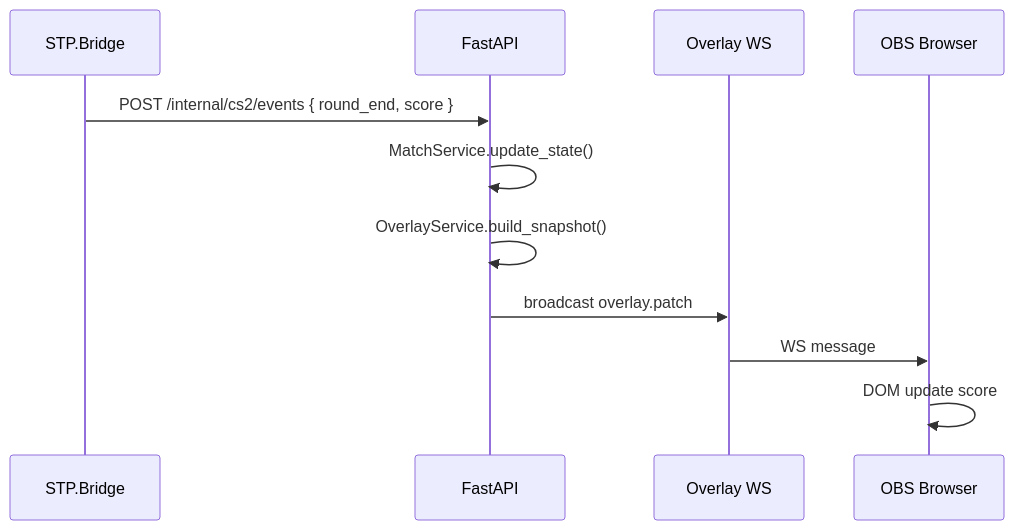
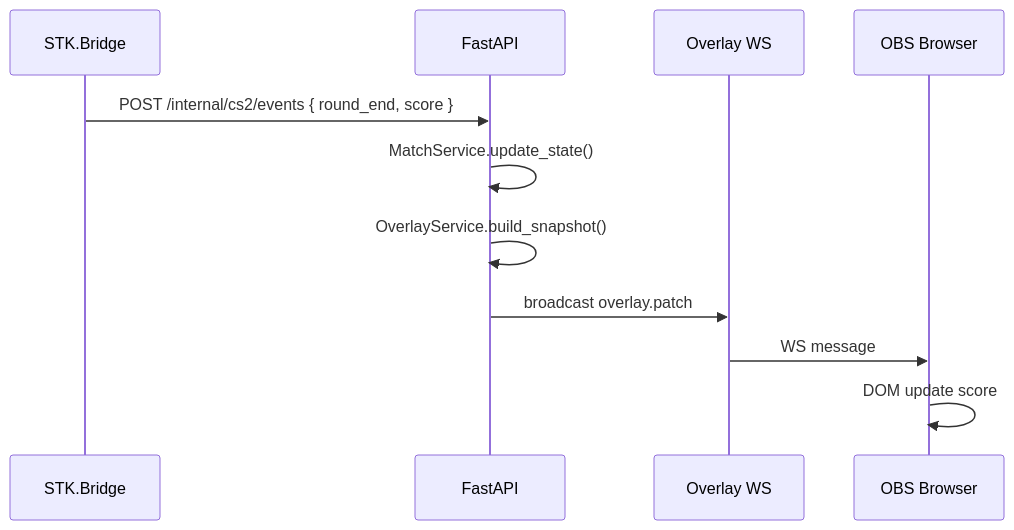
The fourth of 6 diagrams in docs/ARCHITECTURE.md (Gorshipiskp/StudentTournamentKit), drawn with Mermaid before and after one commit. The commit also changed other lines of this file and 72 other files, not shown here.

````diff
--- a/docs/ARCHITECTURE.md
+++ b/docs/ARCHITECTURE.md
@@ -488,14 +488,14 @@
 ```mermaid
 sequenceDiagram
-    participant CS2 as STP.Bridge
+    participant CS2 as STK.Bridge
     participant API as FastAPI
     participant OVL as Overlay WS
     participant OBS as OBS Browser
 
     CS2->>API: POST /internal/cs2/events { round_end, score }
     API->>API: MatchService.update_state()
     API->>API: OverlayService.build_snapshot()
     API->>OVL: broadcast overlay.patch
     OVL->>OBS: WS message
     OBS->>OBS: DOM update score
 ```
````
